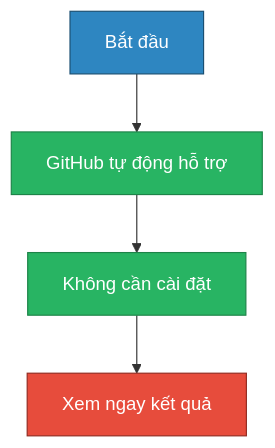
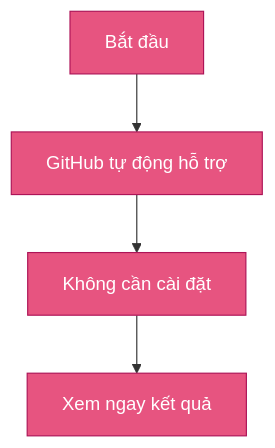
Before and after one commit to HoangLong208/hoc-mermaid: the diagram in README.md, drawn with Mermaid.

````diff
--- a/README.md
+++ b/README.md
@@ -2,18 +2,14 @@
 ```mermaid
 graph TD
     A[Bắt đầu] --> B[GitHub tự động hỗ trợ]
     B --> C[Không cần cài đặt]
     C --> D[Xem ngay kết quả]
 
-    %% Định nghĩa màu
-    classDef start fill:#2E86C1,color:#fff,stroke:#1B4F72;
-    classDef process fill:#28B463,color:#fff,stroke:#1D8348;
-    classDef finish fill:#E74C3C,color:#fff,stroke:#922B21;
+    %% Định nghĩa màu hồng cánh sen
+    classDef lotus fill:#E75480,color:#fff,stroke:#AD1457;
 
-    %% Gán màu
-    class A start;
-    class B process;
-    class C process;
-    class D finish;
+    %% Gán màu cho tất cả node
+    class A,B,C,D lotus;
+
 
 ```
````
